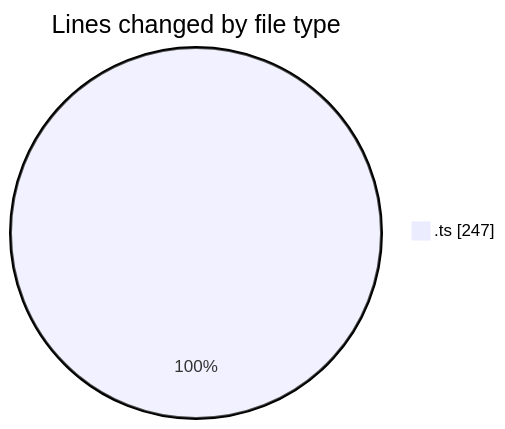
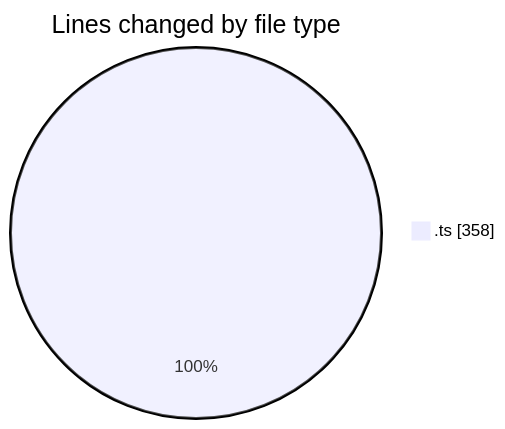
The first of 2 diagrams in 2026-02-15/nxtqube_webapp/README.md (nxtqubesakshisongat/code-tracking), drawn with Mermaid before and after one commit. The commit also changed other lines of this file and 1 other file, not shown here.

````diff
--- a/2026-02-15/nxtqube_webapp/README.md
+++ b/2026-02-15/nxtqube_webapp/README.md
@@ -20,5 +20,5 @@
 ```mermaid
 pie showData
 title Lines changed by file type
-".ts" : 247
+".ts" : 358
 ```
````
